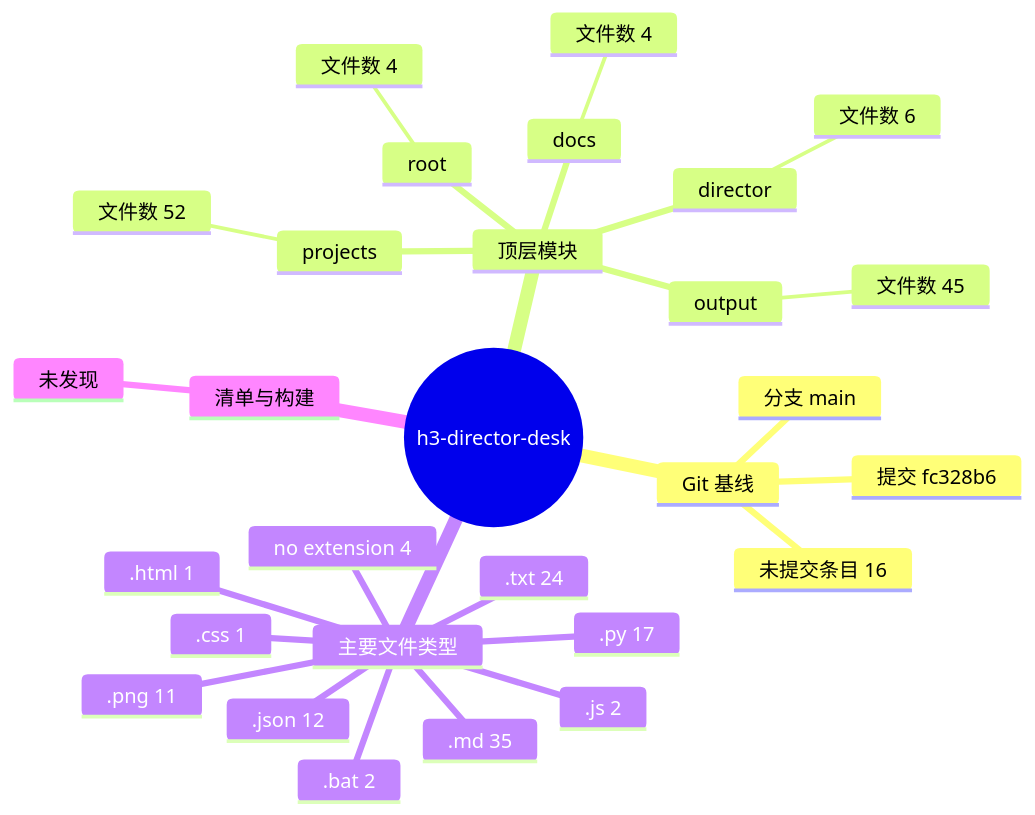
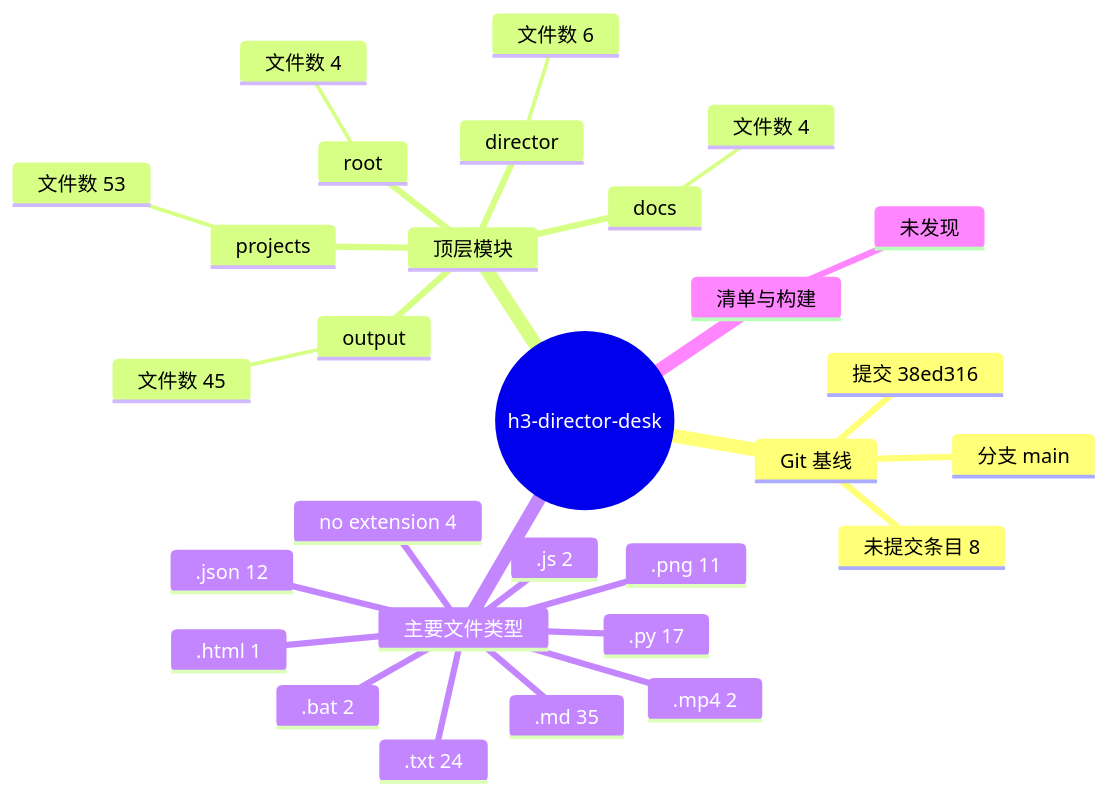
One commit to Exalex/h3-director-desk changed the diagram in docs/project-evolution/mindmaps/repository-structure.md. Above: the diagram before and after it, drawn with Mermaid. The commit also changed 8 other files, not shown here.

````diff
--- a/docs/project-evolution/mindmaps/repository-structure.md
+++ b/docs/project-evolution/mindmaps/repository-structure.md
@@ -5,32 +5,32 @@
 ```mermaid
 mindmap
   root((h3-director-desk))
     Git 基线
       分支 main
-      提交 fc328b6
-      未提交条目 16
+      提交 38ed316
+      未提交条目 8
     顶层模块
       projects
-        文件数 52
+        文件数 53
       output
         文件数 45
       director
         文件数 6
       root
         文件数 4
       docs
         文件数 4
     主要文件类型
       .md 35
       .txt 24
       .py 17
       .json 12
       .png 11
       no extension 4
       .bat 2
       .js 2
+      .mp4 2
       .html 1
-      .css 1
     清单与构建
       未发现
 ```
````
